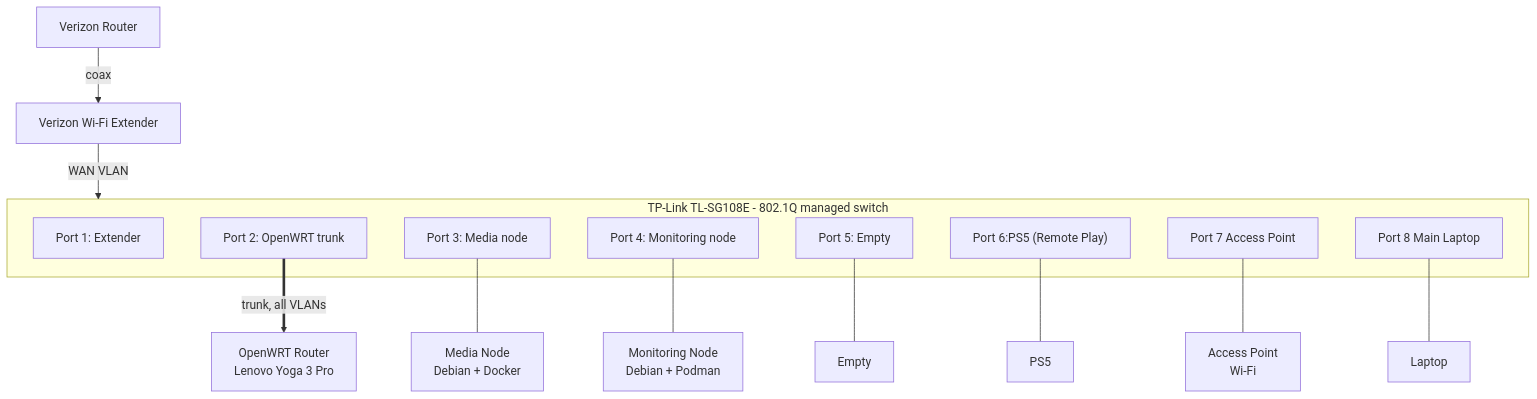
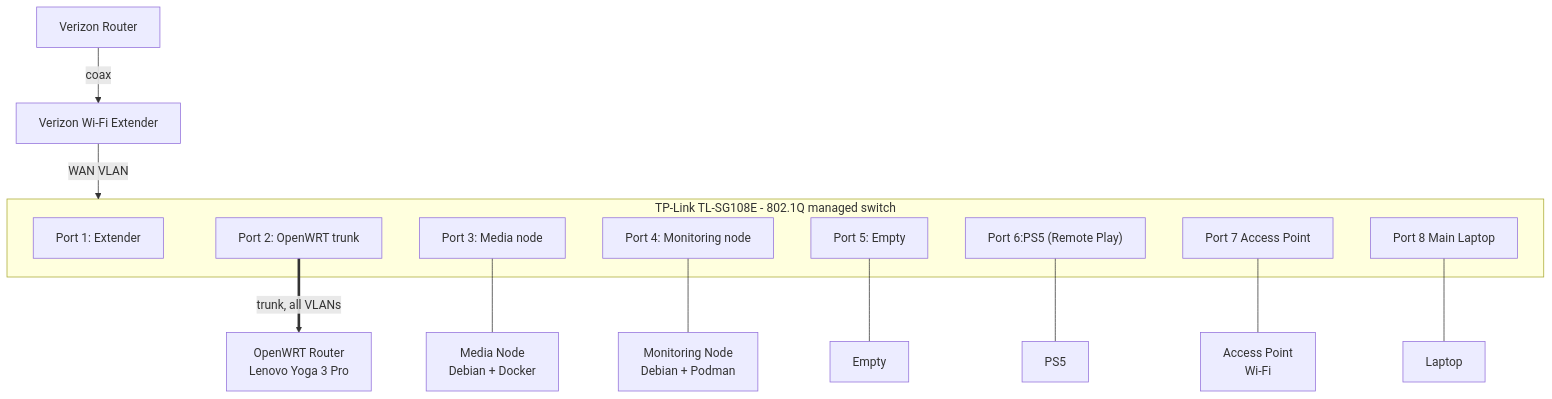
One commit to jjlocke2004/homelab-infrastructure changed the diagram in README.md. Above: the diagram before and after it, drawn with Mermaid.

````diff
--- a/README.md
+++ b/README.md
@@ -18,24 +18,24 @@
 ```mermaid
 flowchart TD
     ISP[Verizon Router] -- coax --> EXT[Verizon Wi-Fi Extender]
-    EXT -- WAN VLAN --> SW
+    EXT -- WAN VLAN --> SW --- P1
 
     subgraph SW["TP-Link TL-SG108E - 802.1Q managed switch"]
         P1["Port 1: Extender"]
         P2["Port 2: OpenWRT trunk"]
         P3["Port 3: Media node"]
         P4["Port 4: Monitoring node"]
         P5["Port 5: Empty"]
         P6["Port 6:PS5 (Remote Play)"]
         P7["Port 7 Access Point"]
         P8["Port 8 Main Laptop"]
     end
 
     P2 ==>|trunk, all VLANs| R["OpenWRT Router<br/>Lenovo Yoga 3 Pro"]
     P3 --- MEDIA["Media Node<br/>Debian + Docker"]
     P4 --- MON["Monitoring Node<br/>Debian + Podman"]
     P5 --- Empty
     P6 --- PS5
     P7 --- AP["Access Point<br/>Wi-Fi"]
     P8 --- Laptop
 ```
````
